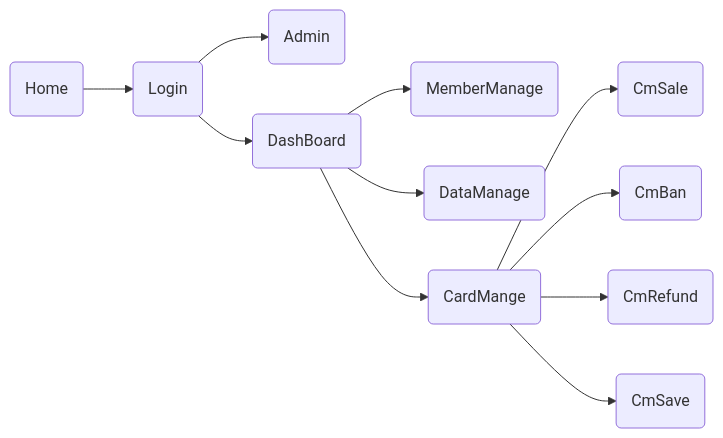
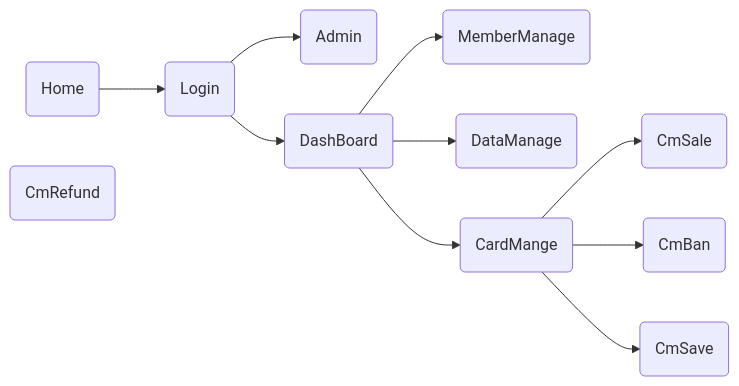
One commit to FF7518/NMMS_front changed the diagram in README.md. Above: the diagram before and after it, drawn with Mermaid. The commit also changed other lines of this file and 8 other files, not shown here.

````diff
--- a/README.md
+++ b/README.md
@@ -49,22 +48,21 @@
 ```mermaid
 graph LR
   Home(Home)
   Login(Login)
   Admin(Admin)
   DashBoard(DashBoard)
   MemberManage(MemberManage)
   DataManage(DataManage)
   CardManage(CardMange)
   CmSale(CmSale)
   CmBan(CmBan)
   CmRefund(CmRefund)
   CmSave(CmSave)
   Home-->Login-->Admin
   Login-->DashBoard-->MemberManage
   DashBoard-->DataManage
   DashBoard-->CardManage-->CmSale
   CardManage-->CmBan
-  CardManage-->CmRefund
   CardManage-->CmSave
   
 ```
````
